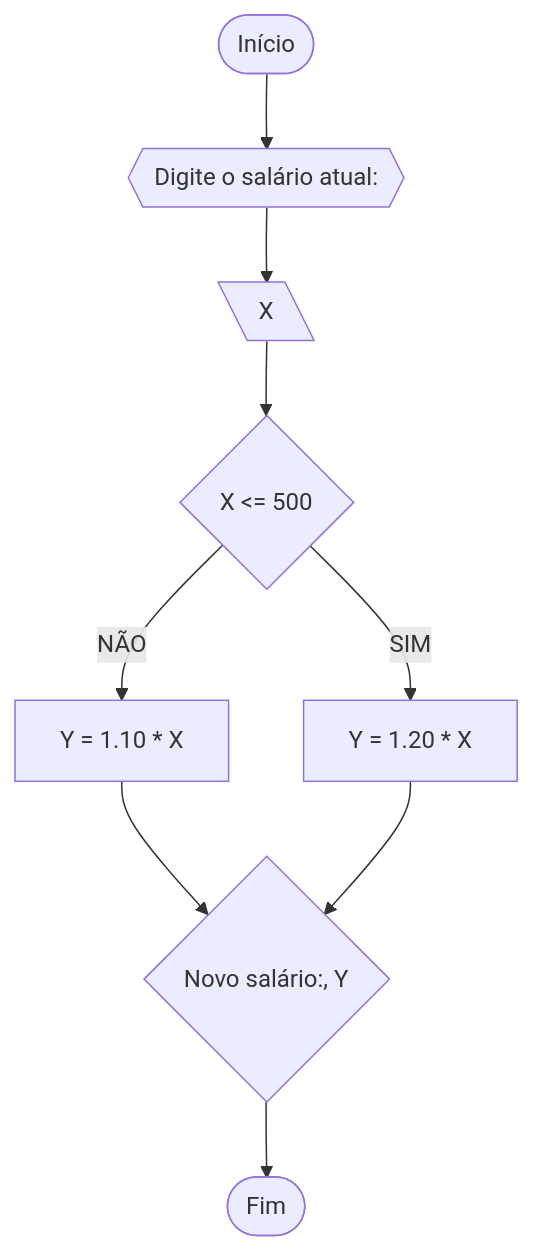
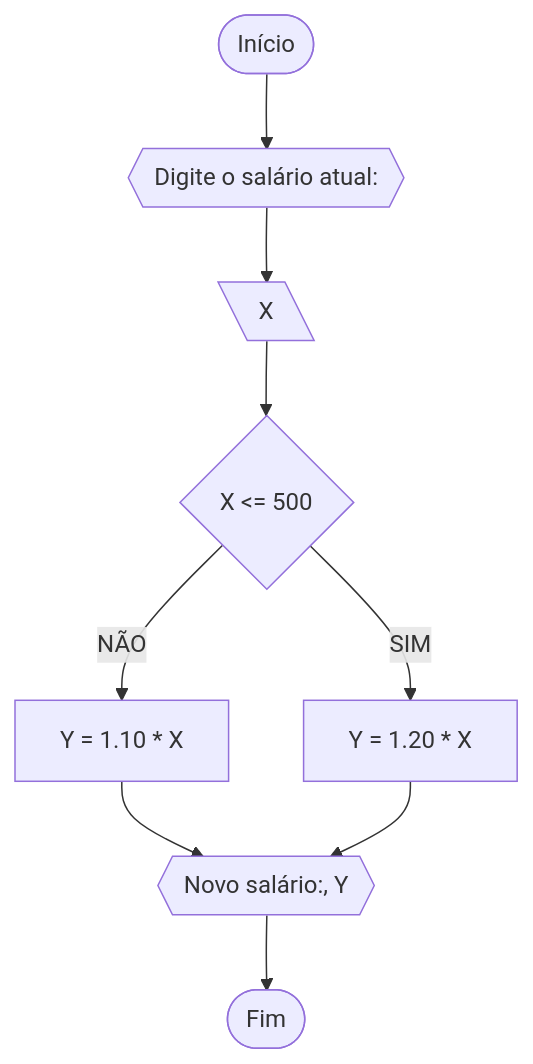
Before and after one commit to Jandih/Unifor: the second of 4 diagrams in RLA/lista_exercicio.md, drawn with Mermaid. The commit also changed other lines of this file, not shown here.

`````diff
--- a/RLA/lista_exercicio.md
+++ b/RLA/lista_exercicio.md
@@ -36,11 +36,11 @@
 ````mermaid
 flowchart TD
 A([Início]) --> B{{Digite o salário atual:}}
 B --> C[\X\]
 C --> D{X <= 500}
 D --NÃO--> E[Y = 1.10 * X]
 D --SIM--> F[Y = 1.20 * X]
-E --> G{Novo salário:, Y}
+E --> G{{Novo salário:, Y}}
 F --> G
 G --> H([Fim])
 ````
`````
